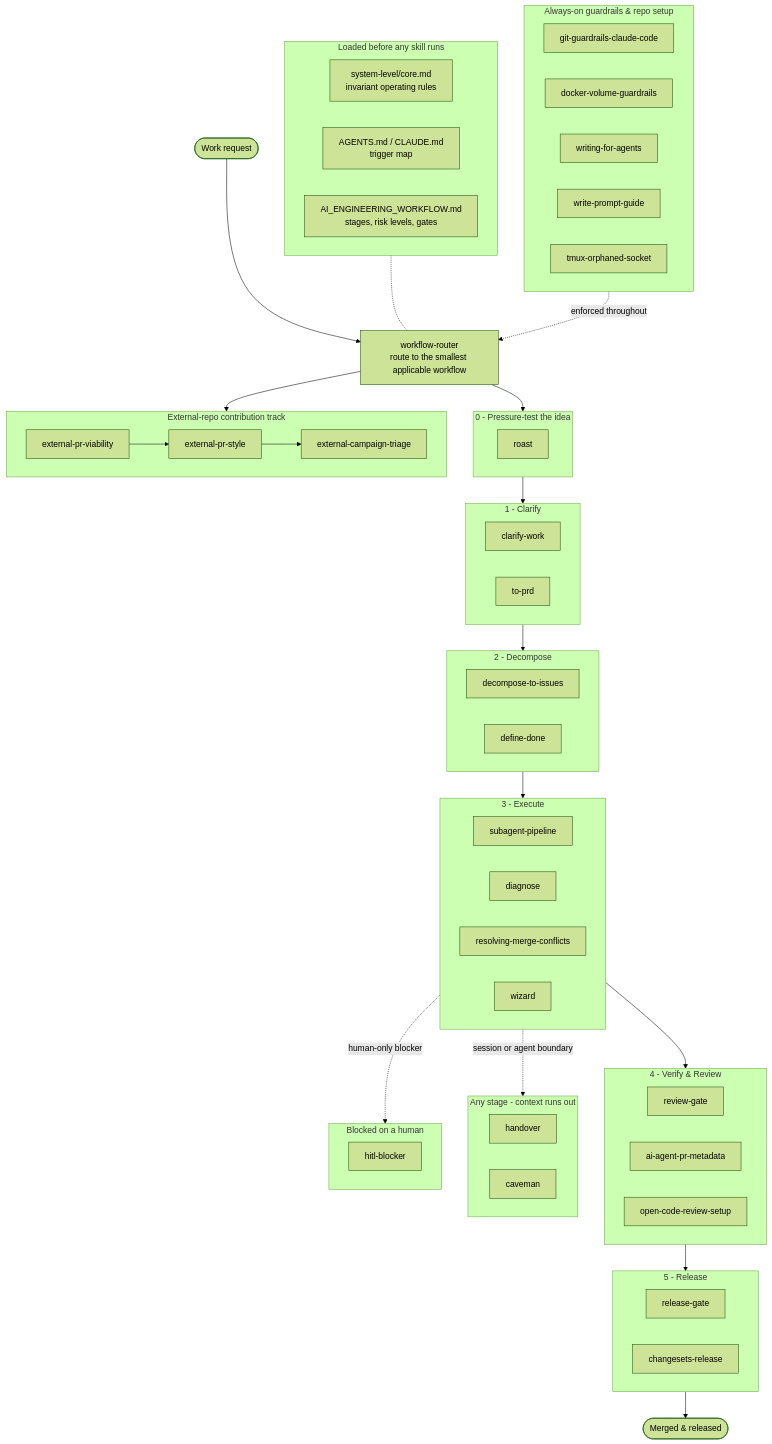
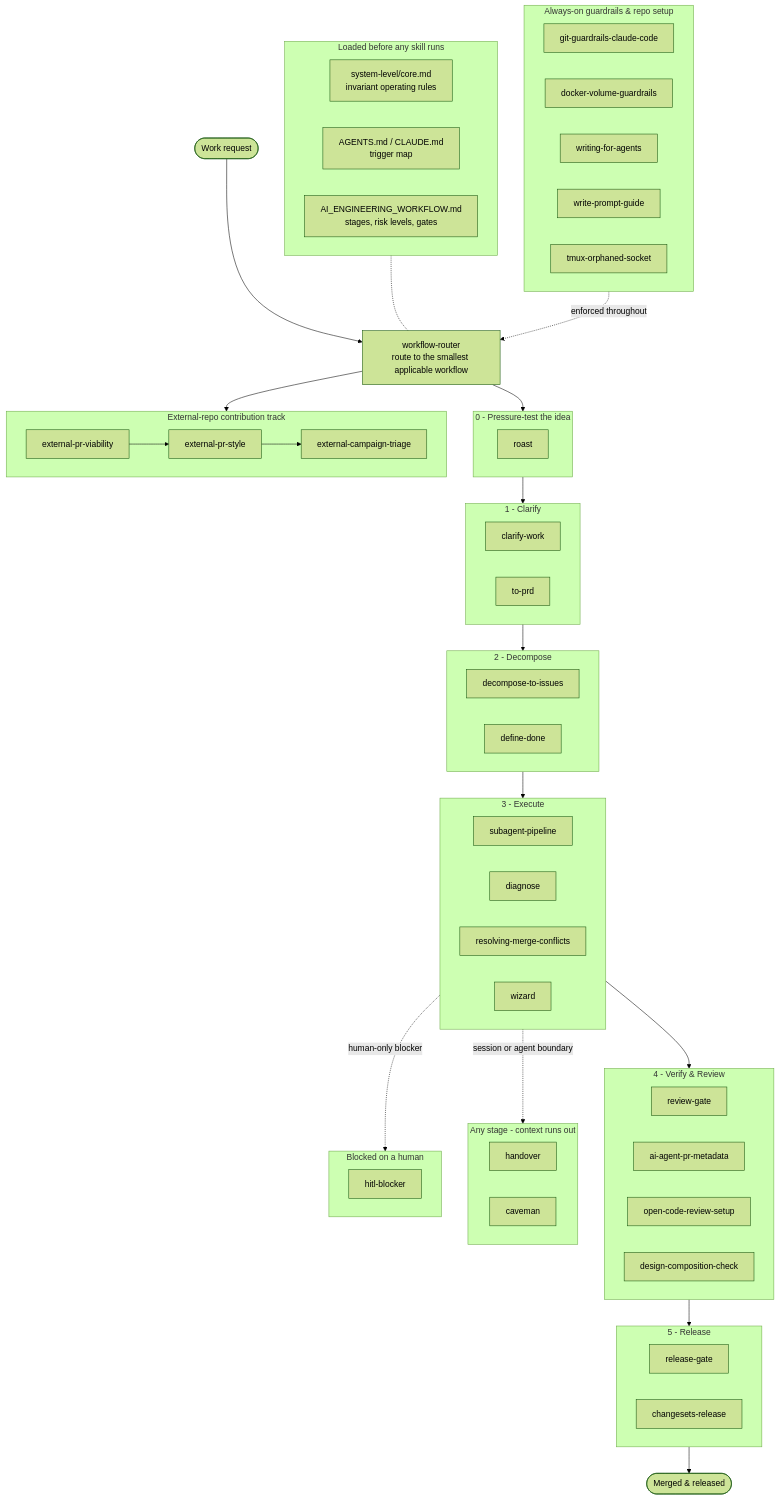
One commit to wakqasahmed/ai-engineering-workflow-skills changed the diagram in README.md. Above: the diagram before and after it, drawn with Mermaid (forest theme). The commit also changed other lines of this file and 4 other files, not shown here.

First line of the commit message:
fix: run version step through npm shell, map design-composition-check (#205)

```diff
--- a/README.md
+++ b/README.md
@@ -51,6 +51,7 @@
         s_review_gate["review-gate"]
         s_ai_agent_pr_metadata["ai-agent-pr-metadata"]
         s_open_code_review_setup["open-code-review-setup"]
+        s_design_composition_check["design-composition-check"]
     end
 
     subgraph S5["5 - Release"]
```
